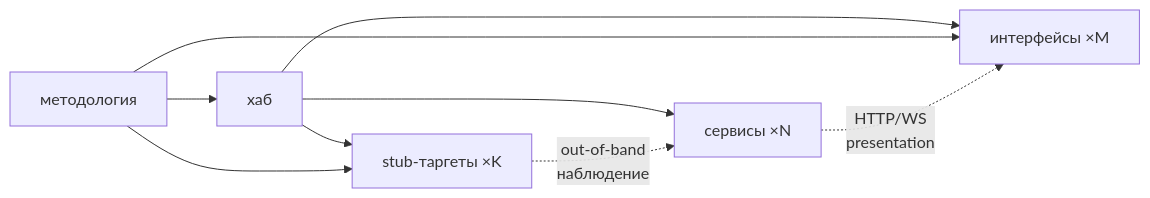
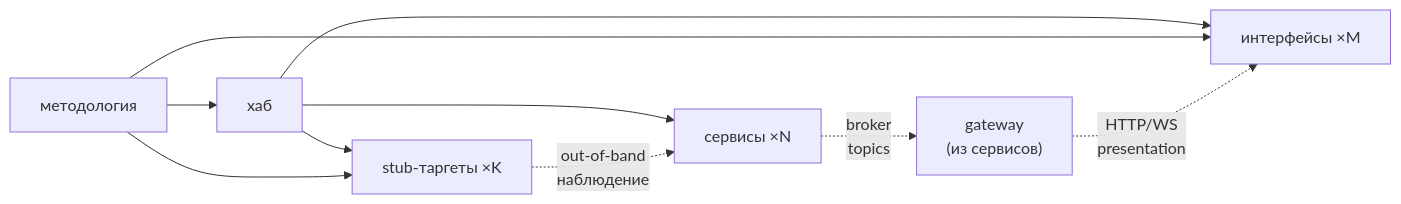
One commit to TheCipherKeeper/ai-project-template changed the diagram in docs/refs/TOPOLOGY.md. Above: the diagram before and after it, drawn with Mermaid. The commit also changed other lines of this file and 19 other files, not shown here.

````diff
--- a/docs/refs/TOPOLOGY.md
+++ b/docs/refs/TOPOLOGY.md
@@ -55,11 +64,12 @@
 ```mermaid
 graph LR
   M["методология"] --> H["хаб"]
   H --> S["сервисы ×N"]
   H --> I["интерфейсы ×M"]
   H --> T["stub-таргеты ×K"]
   M --> I
   M --> T
-  S -. "HTTP/WS<br/>presentation" .-> I
+  S -. "broker<br/>topics" .-> G["gateway<br/>(из сервисов)"]
+  G -. "HTTP/WS<br/>presentation" .-> I
   T -. "out-of-band<br/>наблюдение" .-> S
 ```
````
